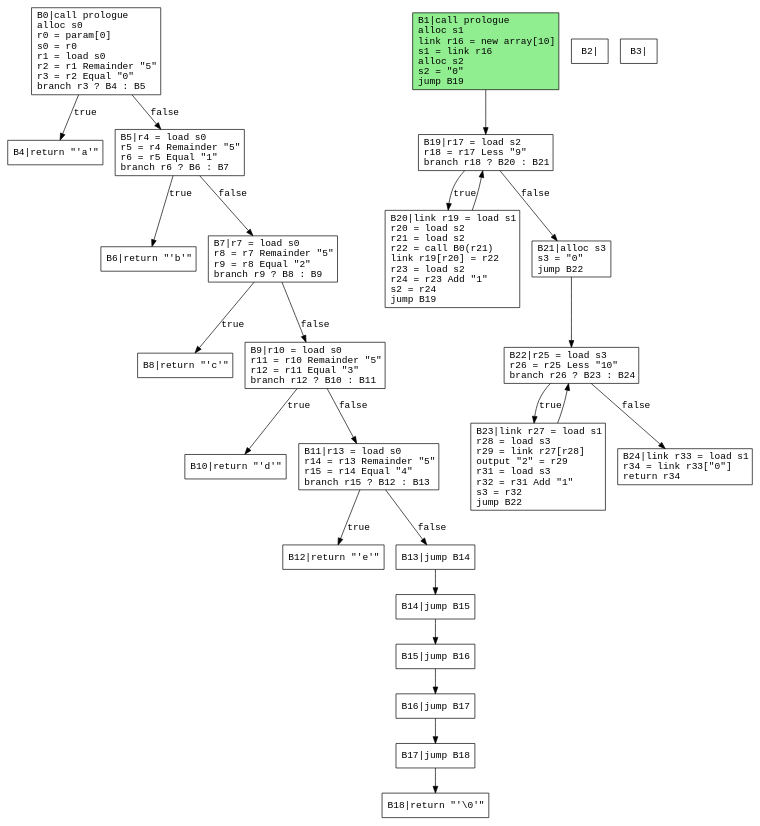
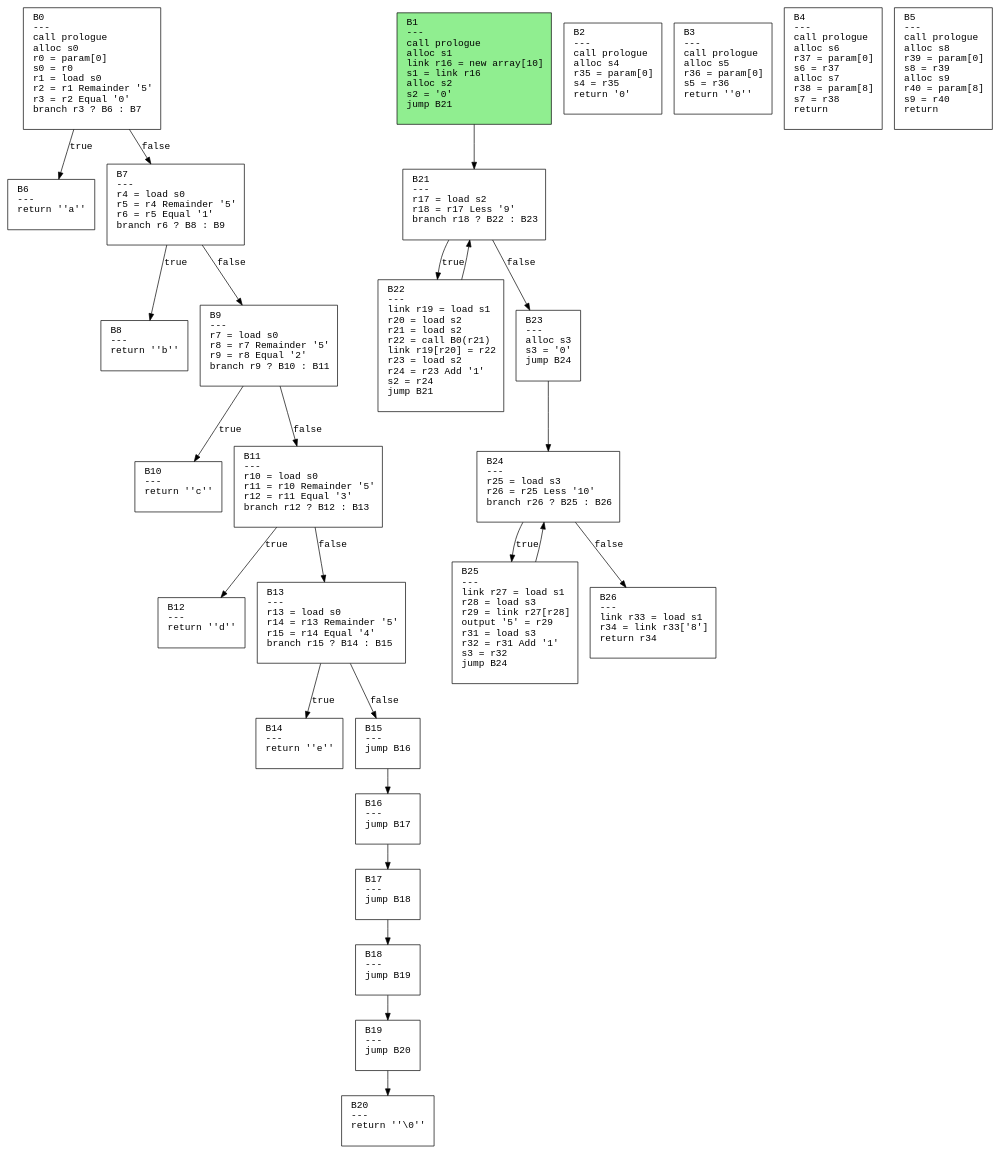
Before and after one commit to safarislava/ProcTranslator: the diagram in output/array.dot, drawn with Graphviz. The commit also changed 38 other files, not shown here.

Commit message:
Fix control flow graph

```diff
--- a/output/array.dot
+++ b/output/array.dot
@@ -1,55 +1,57 @@
 digraph CFG {
   rankdir=TB;
-  node [shape=box, fontname="Courier"];
+  node [shape=box, fontname="Courier", style=filled, fillcolor=white, margin="0.2,0.1"];
   edge [fontname="Courier"];
 
-  B0 [label="B0|call prologue\lalloc s0\lr0 = param[0]\ls0 = r0\lr1 = load s0\lr2 = r1 Remainder \"5\"\lr3 = r2 Equal \"0\"\lbranch r3 ? B4 : B5\l"];
-  B1 [label="B1|call prologue\lalloc s1\llink r16 = new array[10]\ls1 = link r16\lalloc s2\ls2 = \"0\"\ljump B19\l"];
-  B2 [label="B2|"];
-  B3 [label="B3|"];
-  B4 [label="B4|return \"'a'\"\l"];
-  B5 [label="B5|r4 = load s0\lr5 = r4 Remainder \"5\"\lr6 = r5 Equal \"1\"\lbranch r6 ? B6 : B7\l"];
-  B6 [label="B6|return \"'b'\"\l"];
-  B7 [label="B7|r7 = load s0\lr8 = r7 Remainder \"5\"\lr9 = r8 Equal \"2\"\lbranch r9 ? B8 : B9\l"];
-  B8 [label="B8|return \"'c'\"\l"];
-  B9 [label="B9|r10 = load s0\lr11 = r10 Remainder \"5\"\lr12 = r11 Equal \"3\"\lbranch r12 ? B10 : B11\l"];
-  B10 [label="B10|return \"'d'\"\l"];
-  B11 [label="B11|r13 = load s0\lr14 = r13 Remainder \"5\"\lr15 = r14 Equal \"4\"\lbranch r15 ? B12 : B13\l"];
-  B12 [label="B12|return \"'e'\"\l"];
-  B13 [label="B13|jump B14\l"];
-  B14 [label="B14|jump B15\l"];
-  B15 [label="B15|jump B16\l"];
-  B16 [label="B16|jump B17\l"];
-  B17 [label="B17|jump B18\l"];
-  B18 [label="B18|return \"'\\0'\"\l"];
-  B19 [label="B19|r17 = load s2\lr18 = r17 Less \"9\"\lbranch r18 ? B20 : B21\l"];
-  B20 [label="B20|link r19 = load s1\lr20 = load s2\lr21 = load s2\lr22 = call B0(r21)\llink r19[r20] = r22\lr23 = load s2\lr24 = r23 Add \"1\"\ls2 = r24\ljump B19\l"];
-  B21 [label="B21|alloc s3\ls3 = \"0\"\ljump B22\l"];
-  B22 [label="B22|r25 = load s3\lr26 = r25 Less \"10\"\lbranch r26 ? B23 : B24\l"];
-  B23 [label="B23|link r27 = load s1\lr28 = load s3\lr29 = link r27[r28]\loutput \"2\" = r29\lr31 = load s3\lr32 = r31 Add \"1\"\ls3 = r32\ljump B22\l"];
-  B24 [label="B24|link r33 = load s1\lr34 = link r33[\"0\"]\lreturn r34\l"];
-  B0 -> B4 [label="true"];
-  B0 -> B5 [label="false"];
-  B1 -> B19;
-  B5 -> B6 [label="true"];
-  B5 -> B7 [label="false"];
-  B7 -> B8 [label="true"];
-  B7 -> B9 [label="false"];
-  B9 -> B10 [label="true"];
-  B9 -> B11 [label="false"];
-  B11 -> B12 [label="true"];
-  B11 -> B13 [label="false"];
-  B13 -> B14;
-  B14 -> B15;
-  B15 -> B16;
-  B16 -> B17;
-  B17 -> B18;
-  B19 -> B20 [label="true"];
-  B19 -> B21 [label="false"];
-  B20 -> B19;
-  B21 -> B22;
-  B22 -> B23 [label="true"];
-  B22 -> B24 [label="false"];
-  B23 -> B22;
-  B1 [style=filled, fillcolor=lightgreen];
+  "B0" [label="B0\l---\lcall prologue\lalloc s0\lr0 = param[0]\ls0 = r0\lr1 = load s0\lr2 = r1 Remainder '5'\lr3 = r2 Equal '0'\lbranch r3 ? B6 : B7\l "];
+  "B1" [label="B1\l---\lcall prologue\lalloc s1\llink r16 = new array[10]\ls1 = link r16\lalloc s2\ls2 = '0'\ljump B21\l "];
+  "B2" [label="B2\l---\lcall prologue\lalloc s4\lr35 = param[0]\ls4 = r35\lreturn '0'\l "];
+  "B3" [label="B3\l---\lcall prologue\lalloc s5\lr36 = param[0]\ls5 = r36\lreturn ''0''\l "];
+  "B4" [label="B4\l---\lcall prologue\lalloc s6\lr37 = param[0]\ls6 = r37\lalloc s7\lr38 = param[8]\ls7 = r38\lreturn\l "];
+  "B5" [label="B5\l---\lcall prologue\lalloc s8\lr39 = param[0]\ls8 = r39\lalloc s9\lr40 = param[8]\ls9 = r40\lreturn\l "];
+  "B6" [label="B6\l---\lreturn ''a''\l "];
+  "B7" [label="B7\l---\lr4 = load s0\lr5 = r4 Remainder '5'\lr6 = r5 Equal '1'\lbranch r6 ? B8 : B9\l "];
+  "B8" [label="B8\l---\lreturn ''b''\l "];
+  "B9" [label="B9\l---\lr7 = load s0\lr8 = r7 Remainder '5'\lr9 = r8 Equal '2'\lbranch r9 ? B10 : B11\l "];
+  "B10" [label="B10\l---\lreturn ''c''\l "];
+  "B11" [label="B11\l---\lr10 = load s0\lr11 = r10 Remainder '5'\lr12 = r11 Equal '3'\lbranch r12 ? B12 : B13\l "];
+  "B12" [label="B12\l---\lreturn ''d''\l "];
+  "B13" [label="B13\l---\lr13 = load s0\lr14 = r13 Remainder '5'\lr15 = r14 Equal '4'\lbranch r15 ? B14 : B15\l "];
+  "B14" [label="B14\l---\lreturn ''e''\l "];
+  "B15" [label="B15\l---\ljump B16\l "];
+  "B16" [label="B16\l---\ljump B17\l "];
+  "B17" [label="B17\l---\ljump B18\l "];
+  "B18" [label="B18\l---\ljump B19\l "];
+  "B19" [label="B19\l---\ljump B20\l "];
+  "B20" [label="B20\l---\lreturn ''\\0''\l "];
+  "B21" [label="B21\l---\lr17 = load s2\lr18 = r17 Less '9'\lbranch r18 ? B22 : B23\l "];
+  "B22" [label="B22\l---\llink r19 = load s1\lr20 = load s2\lr21 = load s2\lr22 = call B0(r21)\llink r19[r20] = r22\lr23 = load s2\lr24 = r23 Add '1'\ls2 = r24\ljump B21\l "];
+  "B23" [label="B23\l---\lalloc s3\ls3 = '0'\ljump B24\l "];
+  "B24" [label="B24\l---\lr25 = load s3\lr26 = r25 Less '10'\lbranch r26 ? B25 : B26\l "];
+  "B25" [label="B25\l---\llink r27 = load s1\lr28 = load s3\lr29 = link r27[r28]\loutput '5' = r29\lr31 = load s3\lr32 = r31 Add '1'\ls3 = r32\ljump B24\l "];
+  "B26" [label="B26\l---\llink r33 = load s1\lr34 = link r33['8']\lreturn r34\l "];
+  "B0" -> "B6" [label="true"];
+  "B0" -> "B7" [label="false"];
+  "B1" -> "B21";
+  "B7" -> "B8" [label="true"];
+  "B7" -> "B9" [label="false"];
+  "B9" -> "B10" [label="true"];
+  "B9" -> "B11" [label="false"];
+  "B11" -> "B12" [label="true"];
+  "B11" -> "B13" [label="false"];
+  "B13" -> "B14" [label="true"];
+  "B13" -> "B15" [label="false"];
+  "B15" -> "B16";
+  "B16" -> "B17";
+  "B17" -> "B18";
+  "B18" -> "B19";
+  "B19" -> "B20";
+  "B21" -> "B22" [label="true"];
+  "B21" -> "B23" [label="false"];
+  "B22" -> "B21";
+  "B23" -> "B24";
+  "B24" -> "B25" [label="true"];
+  "B24" -> "B26" [label="false"];
+  "B25" -> "B24";
+  "B1" [fillcolor=lightgreen];
 }
```
